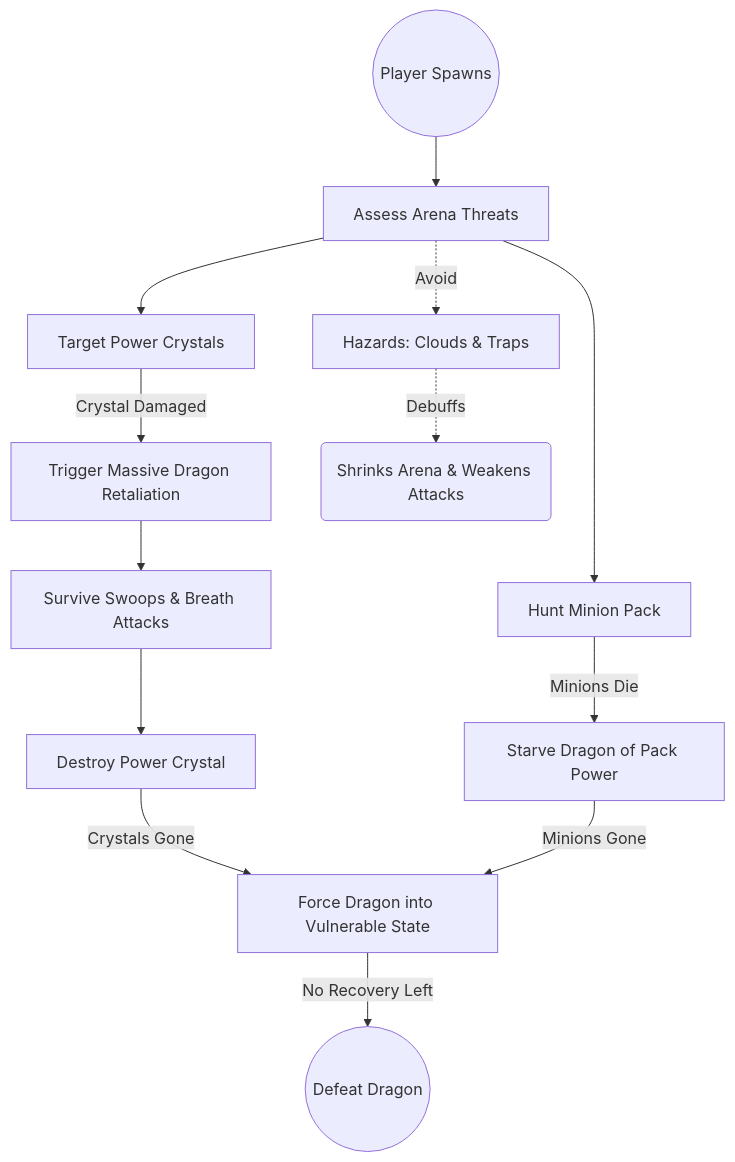
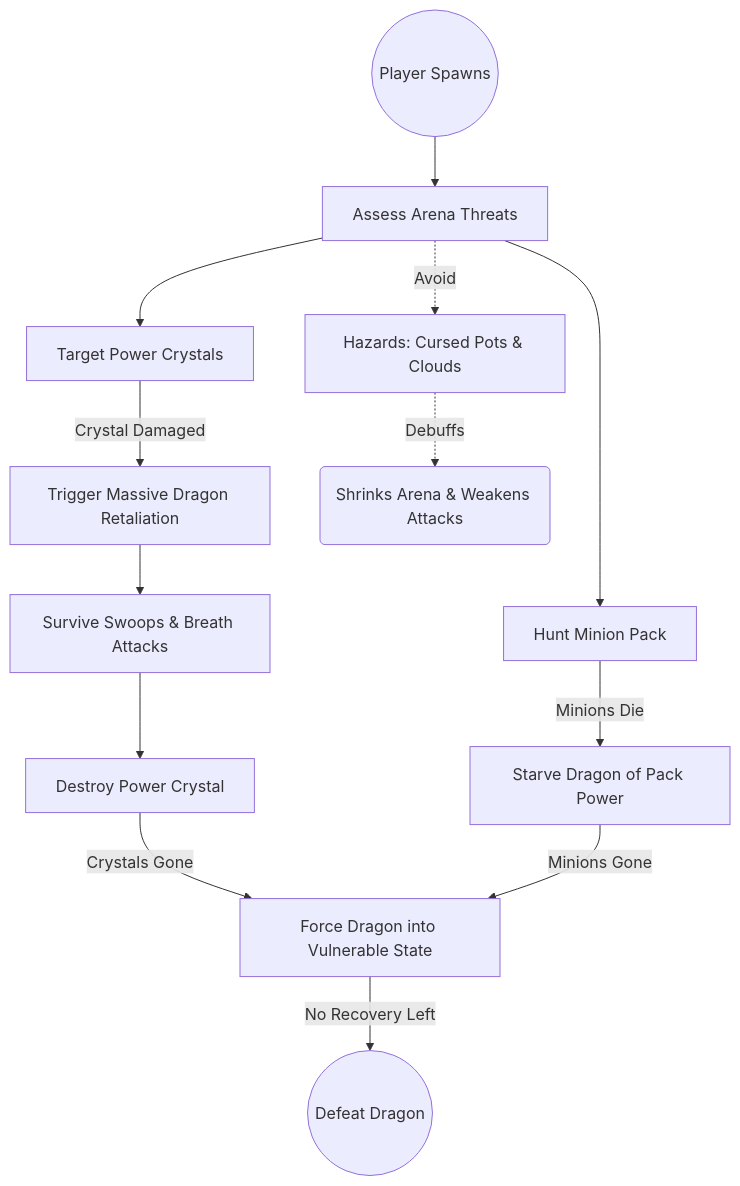
The first of 5 diagrams in Quest_Machine_Dragon_Brain_Docs.md (NatalieC001/dragonDump), drawn with Mermaid before and after one commit. The commit also changed other lines of this file, not shown here.

````diff
--- a/Quest_Machine_Dragon_Brain_Docs.md
+++ b/Quest_Machine_Dragon_Brain_Docs.md
@@ -40,21 +40,21 @@
 ```mermaid
 graph TD
     StartPlayer((Player Spawns)) --> AssessArena[Assess Arena Threats]
     AssessArena --> ThreatenCrystal[Target Power Crystals]
     AssessArena --> PickOffMinions[Hunt Minion Pack]
     
     PickOffMinions -->|Minions Die| StarveDragon[Starve Dragon of Pack Power]
     ThreatenCrystal -->|Crystal Damaged| TriggerDragonDefenses[Trigger Massive Dragon Retaliation]
     
     TriggerDragonDefenses --> Survive[Survive Swoops & Breath Attacks]
     Survive --> DestroyCrystal[Destroy Power Crystal]
     
     DestroyCrystal -->|Crystals Gone| ForceVulnerability[Force Dragon into Vulnerable State]
     StarveDragon -->|Minions Gone| ForceVulnerability
     
     ForceVulnerability -->|No Recovery Left| DefeatDragon((Defeat Dragon))
     
     %% Obstacles
-    AssessArena -.->|Avoid| Clouds[Hazards: Clouds & Traps]
+    AssessArena -.->|Avoid| Clouds[Hazards: Cursed Pots & Clouds]
     Clouds -.->|Debuffs| ShrinkArena(Shrinks Arena & Weakens Attacks)
 ```
````
